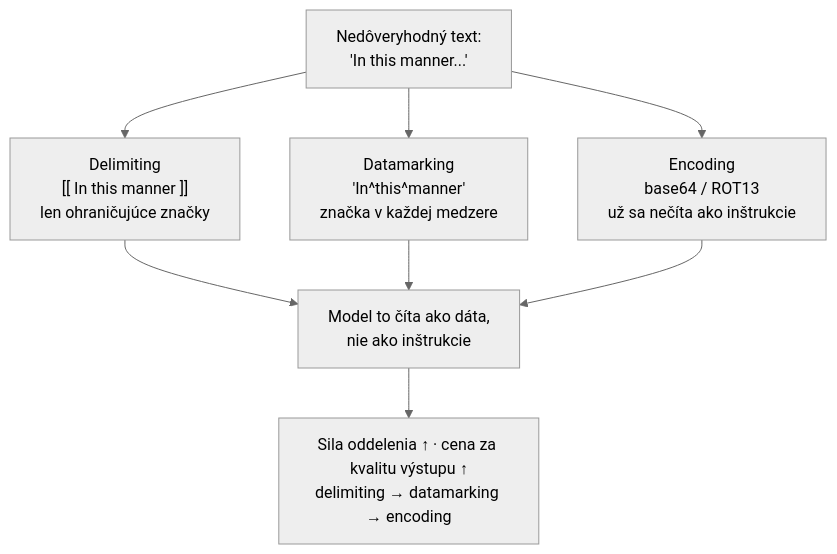
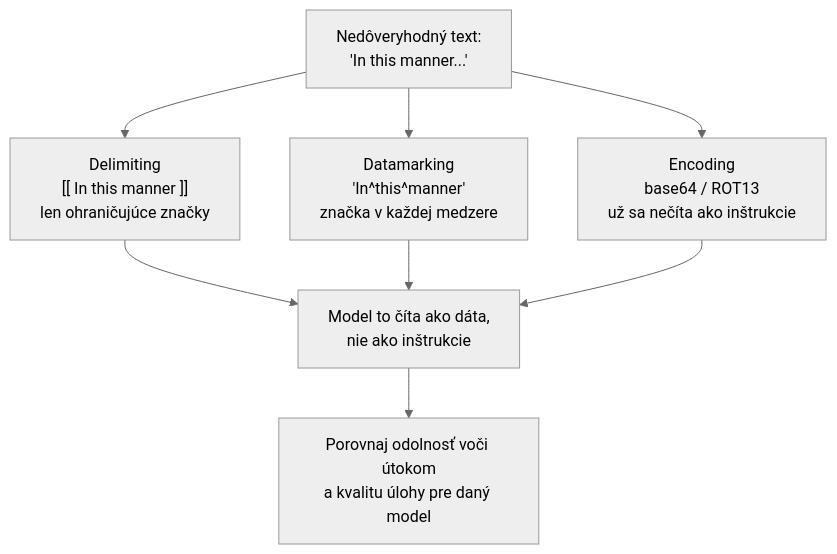
The diagram in i18n/sk/docusaurus-plugin-content-docs/current/part-1-rag/cross-cutting/guardrails/deep-dive.md (NikolaiSachok/ai-engineering-handbook), drawn with Mermaid (neutral theme) before and after one commit. The commit also changed other lines of this file and 9 other files, not shown here.

````diff
--- a/i18n/sk/docusaurus-plugin-content-docs/current/part-1-rag/cross-cutting/guardrails/deep-dive.md
+++ b/i18n/sk/docusaurus-plugin-content-docs/current/part-1-rag/cross-cutting/guardrails/deep-dive.md
@@ -27,10 +27,10 @@
 ```mermaid
 flowchart TB
     U["Nedôveryhodný text:<br/>'In this manner...'"] --> D["Delimiting<br/>[[ In this manner ]]<br/>len ohraničujúce značky"]
     U --> M["Datamarking<br/>'In^this^manner'<br/>značka v každej medzere"]
     U --> E["Encoding<br/>base64 / ROT13<br/>už sa nečíta ako inštrukcie"]
     D --> R["Model to číta ako dáta,<br/>nie ako inštrukcie"]
     M --> R
     E --> R
-    R --> L["Sila oddelenia ↑ · cena za kvalitu výstupu ↑<br/>delimiting → datamarking → encoding"]
+    R --> L["Porovnaj odolnosť voči útokom<br/>a kvalitu úlohy pre daný model"]
 ```
````
